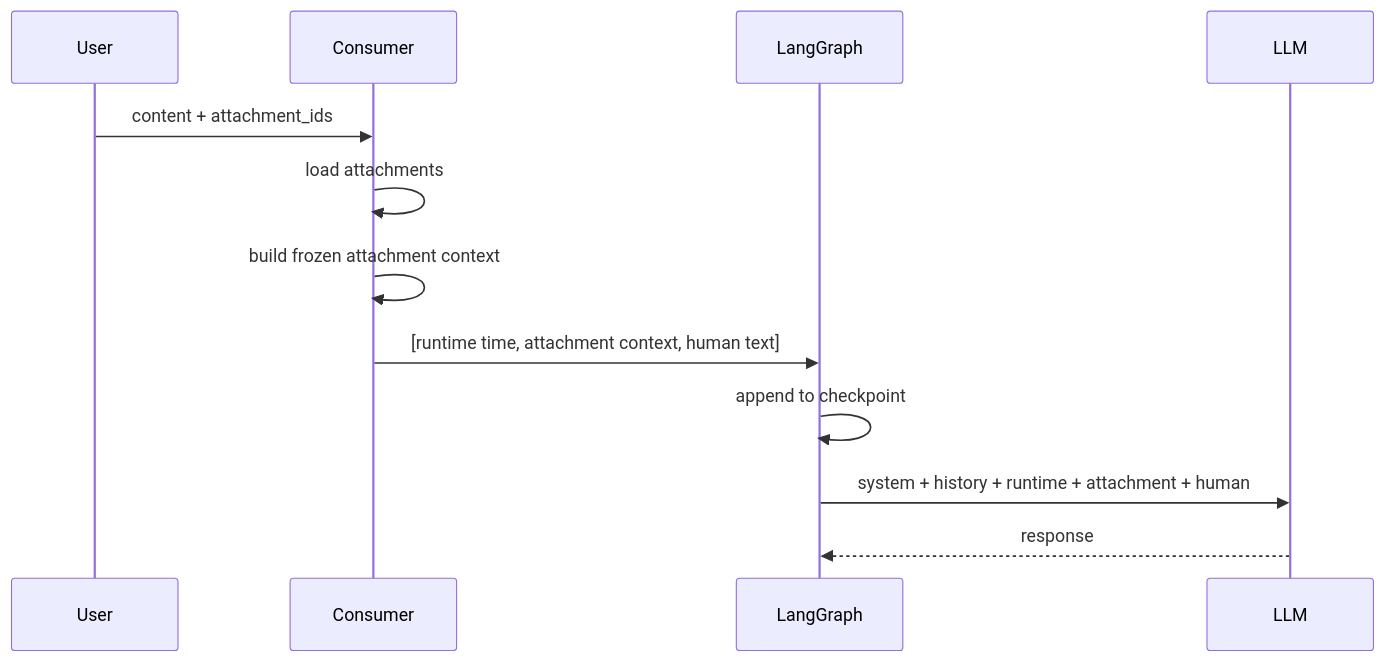
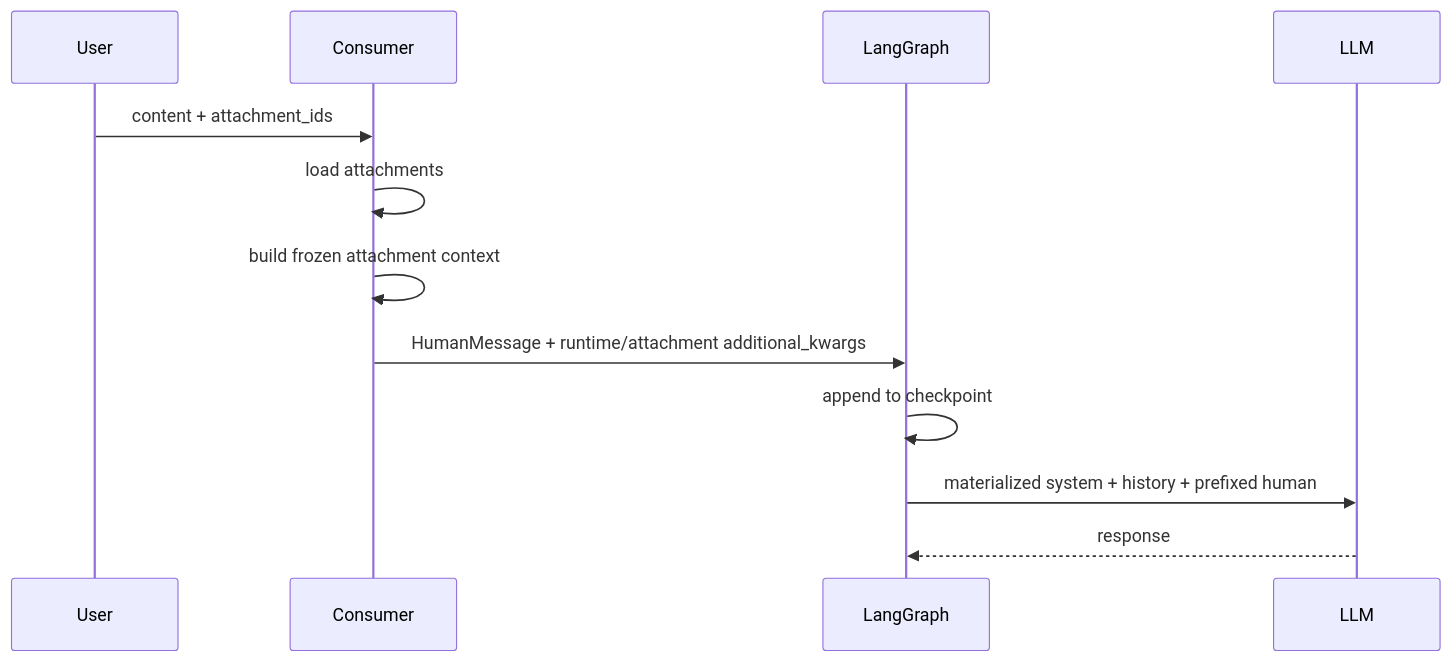
The third of 6 diagrams in docs/主Agent上下文构建-KVCache升级方案.md (MoMoJee/UniSchedulerSuper), drawn with Mermaid before and after one commit. The commit also changed other lines of this file and 21 other files, not shown here.

````diff
--- a/docs/主Agent上下文构建-KVCache升级方案.md
+++ b/docs/主Agent上下文构建-KVCache升级方案.md
@@ -302,15 +316,15 @@
 ```mermaid
 sequenceDiagram
     participant U as User
     participant C as Consumer
     participant G as LangGraph
     participant L as LLM
 
     U->>C: content + attachment_ids
     C->>C: load attachments
     C->>C: build frozen attachment context
-    C->>G: [runtime time, attachment context, human text]
+    C->>G: HumanMessage + runtime/attachment additional_kwargs
     G->>G: append to checkpoint
-    G->>L: system + history + runtime + attachment + human
+    G->>L: materialized system + history + prefixed human
     L-->>G: response
 ```
````
